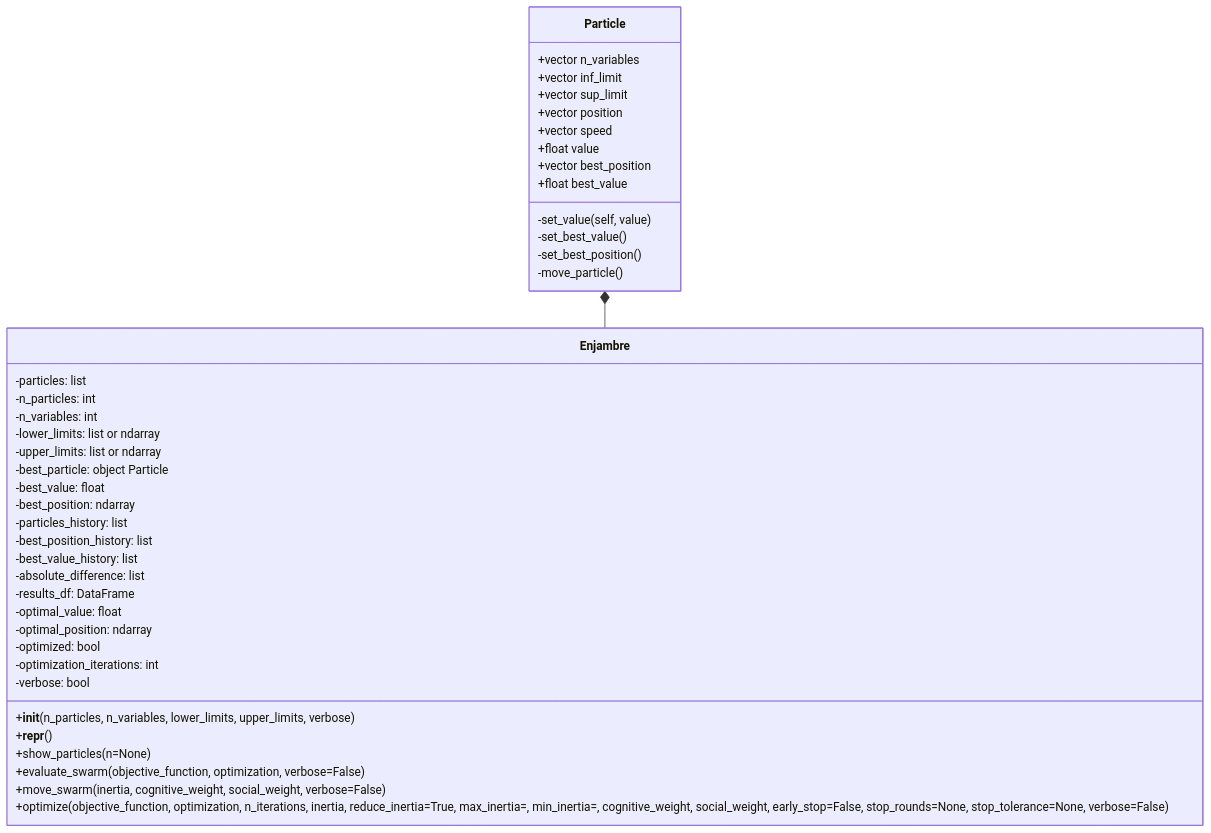
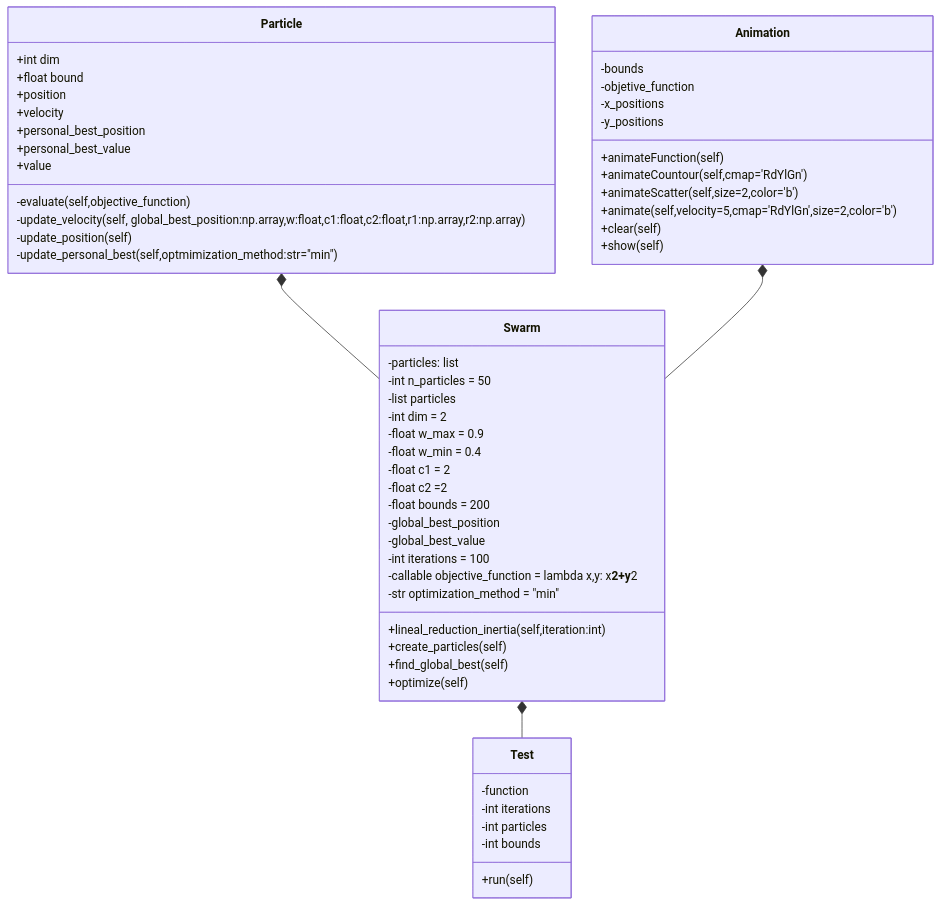
Before and after one commit to anamllanosc/PSO-Implementation: the diagram in README.md, drawn with Mermaid.

````diff
--- a/README.md
+++ b/README.md
@@ -54,45 +54,61 @@
 ```mermaid
+
 classDiagram
-    Particle *--Enjambre
+    Particle *--Swarm
+    Animation *--Swarm
+    Swarm *--Test
     class Particle{
-        +vector n_variables
-        +vector inf_limit
-        +vector sup_limit
-        +vector position
-        +vector speed
-        +float value
-        +vector best_position
-        +float best_value
-        -set_value(self, value)
-        -set_best_value()
-        -set_best_position()
-        -move_particle()
+        +int dim
+        +float bound
+        +position 
+        +velocity
+        +personal_best_position
+        +personal_best_value
+        +value
+        -evaluate(self,objective_function)
+        -update_velocity(self, global_best_position:np.array,w:float,c1:float,c2:float,r1:np.array,r2:np.array)
+        -update_position(self)
+        -update_personal_best(self,optmimization_method:str="min")
     }
-    class Enjambre {
+    class Swarm {
         -particles: list
-        -n_particles: int
-        -n_variables: int
-        -lower_limits: list or ndarray
-        -upper_limits: list or ndarray
-        -best_particle: object Particle
-        -best_value: float
-        -best_position: ndarray
-        -particles_history: list
-        -best_position_history: list
-        -best_value_history: list
-        -absolute_difference: list
-        -results_df: DataFrame
-        -optimal_value: float
-        -optimal_position: ndarray
-        -optimized: bool
-        -optimization_iterations: int
-        -verbose: bool
-        +__init__(n_particles, n_variables, lower_limits, upper_limits, verbose)
-        +__repr__()
-        +show_particles(n=None)
-        +evaluate_swarm(objective_function, optimization, verbose=False)
-        +move_swarm(inertia, cognitive_weight, social_weight, verbose=False)
-        +optimize(objective_function, optimization, n_iterations, inertia, reduce_inertia=True, max_inertia=, min_inertia=, cognitive_weight, social_weight, early_stop=False, stop_rounds=None, stop_tolerance=None, verbose=False)
+        -int n_particles = 50
+        -list particles
+        -int dim = 2
+        -float w_max = 0.9
+        -float w_min = 0.4
+        -float c1 = 2
+        -float c2 =2
+        -float bounds = 200
+        -global_best_position
+        -global_best_value
+        -int iterations = 100 
+        -callable objective_function = lambda x,y: x**2+y**2
+        -str optimization_method = "min"
+        +lineal_reduction_inertia(self,iteration:int)
+        +create_particles(self)
+        +find_global_best(self)
+        +optimize(self)
+    }
+    class Test {
+        -function
+        -int iterations
+        -int particles
+        -int bounds
+        +run(self)
+    }
+    class Animation{
+        -bounds
+        -objetive_function
+        -x_positions
+        -y_positions
+        +animateFunction(self)
+        +animateCountour(self,cmap='RdYlGn')
+        +animateScatter(self,size=2,color='b')
+        +animate(self,velocity=5,cmap='RdYlGn',size=2,color='b')
+        +clear(self)
+        +show(self)
     }
 
+
 ```
````
